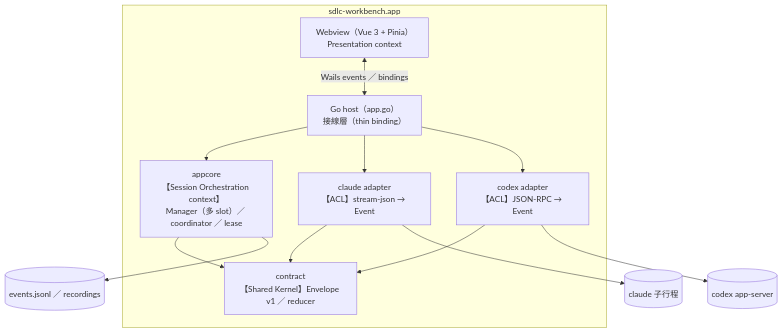
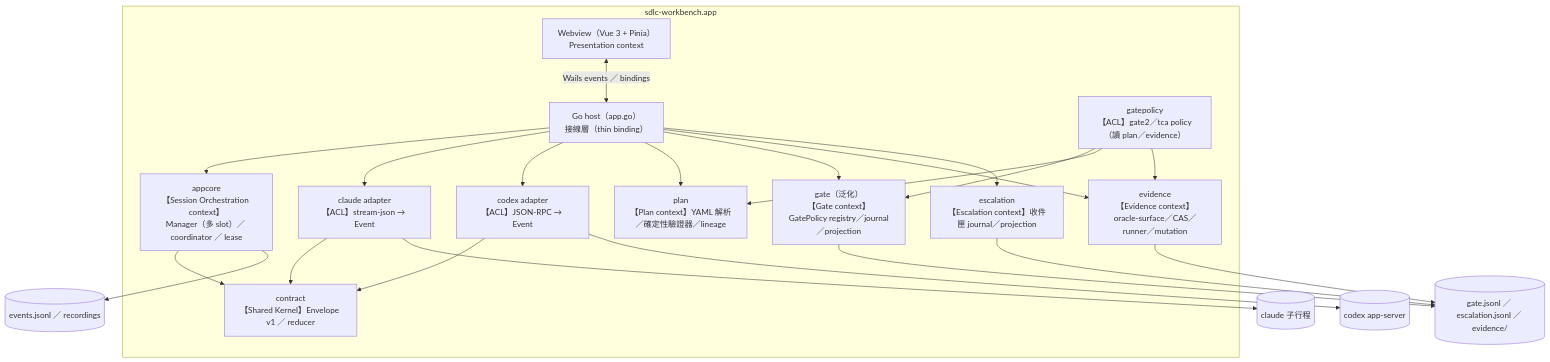
The first of 2 diagrams in README.md (slam0504/ai-software-engineering), drawn with Mermaid before and after one commit. The commit also changed other lines of this file and 8 other files, not shown here.

First line of the commit message:
docs: M3a features／diagrams／README＋.mmd 語法測試（BDD→DDD 收尾）

````diff
--- a/README.md
+++ b/README.md
@@ -194,22 +243,35 @@
 ```mermaid
 flowchart TB
   subgraph app["sdlc-workbench.app"]
     ui["Webview（Vue 3 + Pinia）<br/>Presentation context"]
     host["Go host（app.go）<br/>接線層（thin binding）"]
     core["appcore<br/>【Session Orchestration context】<br/>Manager（多 slot）／ coordinator ／ lease"]
     contract["contract<br/>【Shared Kernel】Envelope v1 ／ reducer"]
     ca["claude adapter<br/>【ACL】stream-json → Event"]
     xa["codex adapter<br/>【ACL】JSON-RPC → Event"]
+    plan["plan<br/>【Plan context】YAML 解析／確定性驗證器／lineage"]
+    gate["gate（泛化）<br/>【Gate context】GatePolicy registry／journal／projection"]
+    gp["gatepolicy<br/>【ACL】gate2／tca policy（讀 plan／evidence）"]
+    evd["evidence<br/>【Evidence context】oracle-surface／CAS／runner／mutation"]
+    esc["escalation<br/>【Escalation context】收件匣 journal／projection"]
   end
   cli1[("claude 子行程")]
   cli2[("codex app-server")]
   sink[("events.jsonl ／ recordings")]
+  sink2[("gate.jsonl ／ escalation.jsonl ／ evidence/")]
   ui <-->|"Wails events ／ bindings"| host
   host --> core
   core --> contract
   ca --> contract
   xa --> contract
   host --> ca --> cli1
   host --> xa --> cli2
   core --> sink
+  host --> plan & gate & evd & esc
+  gp --> gate
+  gp --> plan
+  gp --> evd
+  gate --> sink2
+  evd --> sink2
+  esc --> sink2
 ```
````
